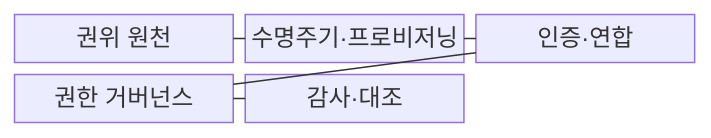
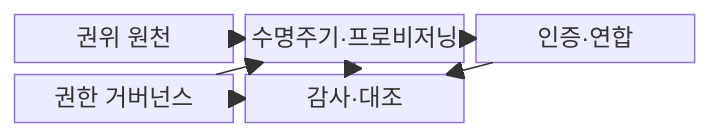
The first of 2 diagrams in src/content/docs/notes/05-security/061_iam.md (agnusdei1207/knowledge-base), drawn with Mermaid before and after one commit. The commit also changed other lines of this file and 20 other files, not shown here.

````diff
--- a/src/content/docs/notes/05-security/061_iam.md
+++ b/src/content/docs/notes/05-security/061_iam.md
@@ -61,13 +66,15 @@
 ```mermaid
 block-beta
   columns 3
   A["권위 원천"]
   B["수명주기·프로비저닝"]
   C["인증·연합"]
   D["권한 거버넌스"]
   E["감사·대조"]
-    A --- B
-    B --- C
-    C --- D
-    D --- E
+    A --> B
+    D --> B
+    B --> C
+    B --> E
+    C --> E
+    D --> E
 ```
````
